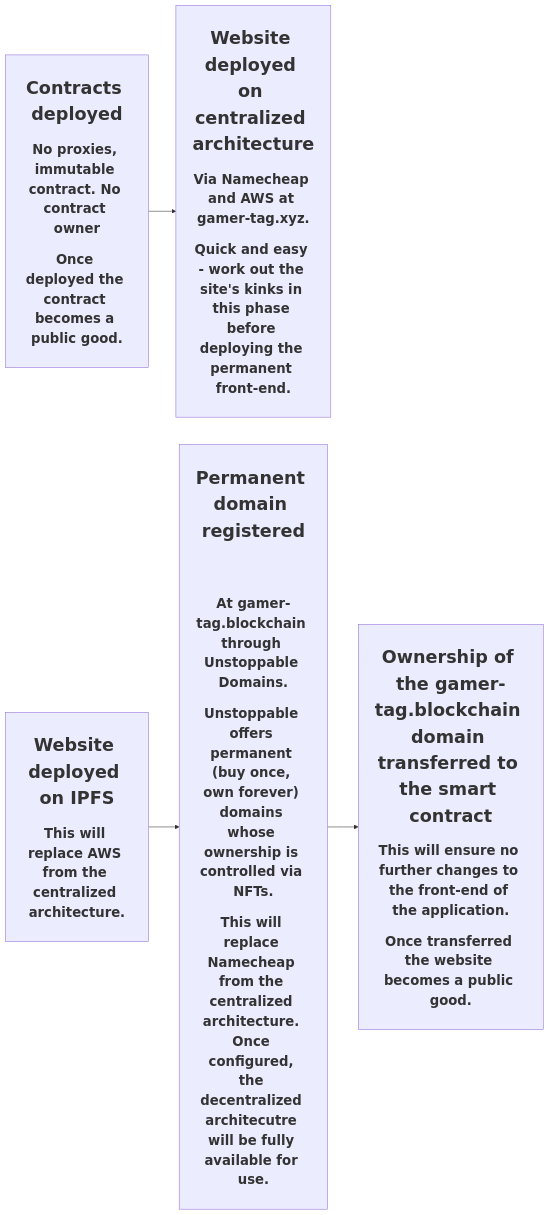
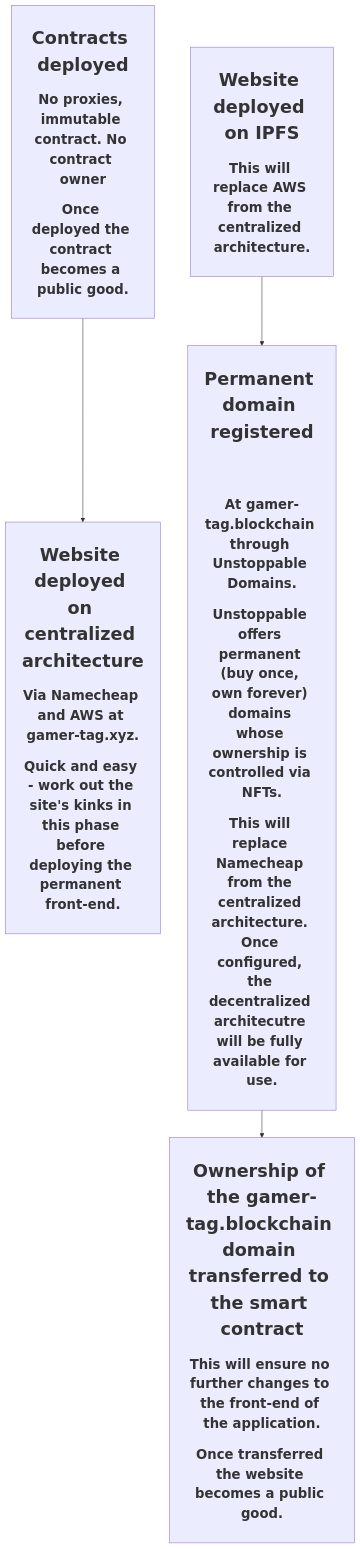
Before and after one commit to TerryJHarrison/gamer-tag: the diagram in README.md, drawn with Mermaid. The commit also changed other lines of this file, not shown here.

````diff
--- a/README.md
+++ b/README.md
@@ -9,12 +9,12 @@
 ```mermaid
-flowchart LR
+flowchart TD
 	A["<h1>Contracts deployed</h1><h2>No proxies, immutable contract. No contract owner</h2><h2>Once deployed the contract becomes a public good.</h2>"]
 	B["<h1>Website deployed on centralized architecture</h1><h2>Via Namecheap and AWS at gamer-tag.xyz.</h2><h2>Quick and easy - work out the site's kinks in this phase before deploying the permanent front-end.</h2>"]
 	C["<h1>Website deployed on IPFS</h1><h2>This will replace AWS from the centralized architecture.</h2>"]
 	D["<h1>Permanent domain registered<h1> <h2>At gamer-tag.blockchain through Unstoppable Domains.</h2><h2>Unstoppable offers permanent (buy once, own forever) domains whose ownership is controlled via NFTs.</h2><h2>This will replace Namecheap from the centralized architecture. Once configured, the decentralized architecutre will be fully available for use.</h2>"]
 	E["<h1>Ownership of the gamer-tag.blockchain domain transferred to the smart contract</h1><h2>This will ensure no further changes to the front-end of the application.</h2><h2>Once transferred the website becomes a public good.</h2>"]
 	A --> B
 	C --> D --> E 
 	
 	style A text-size:22px;
 ```
````
